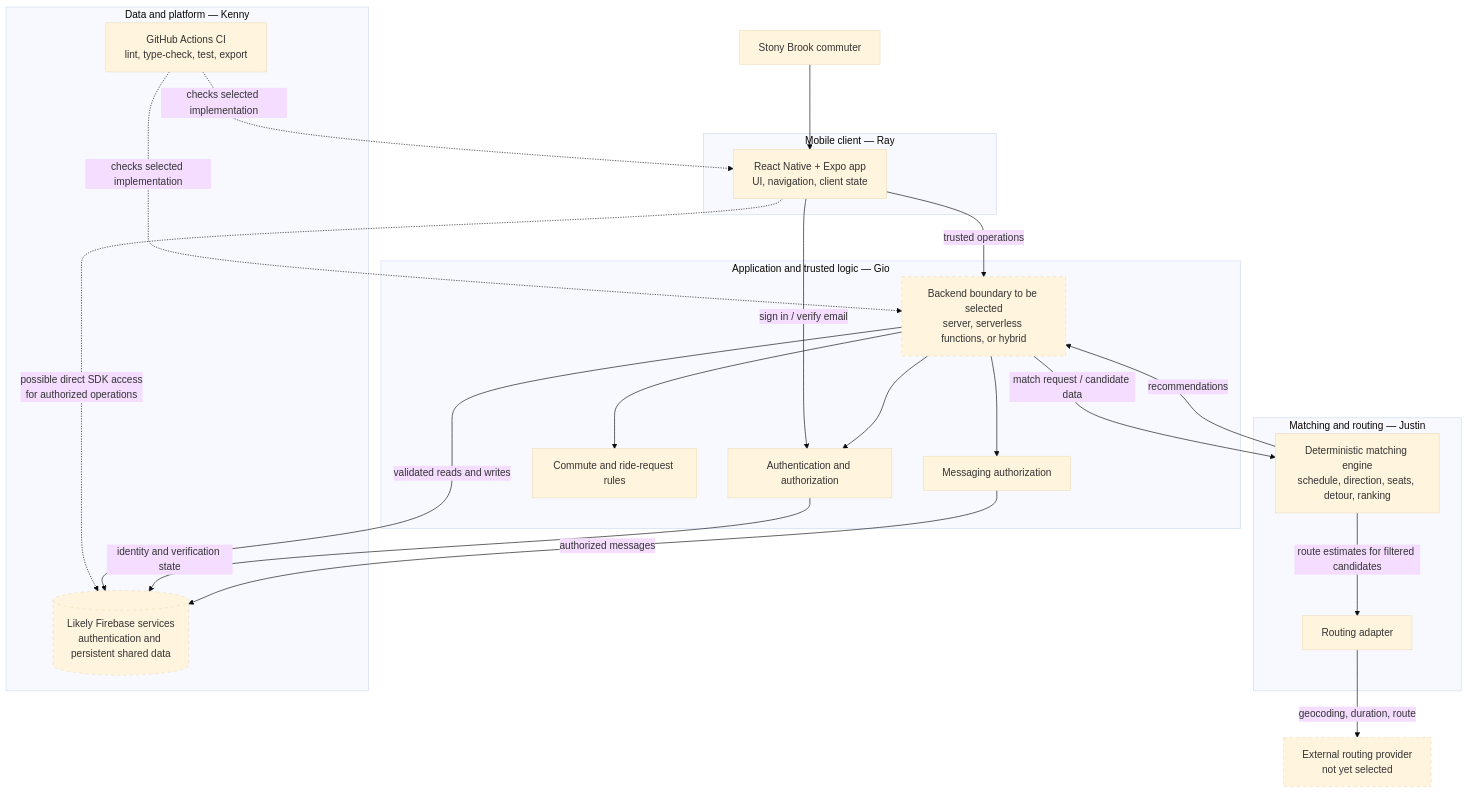
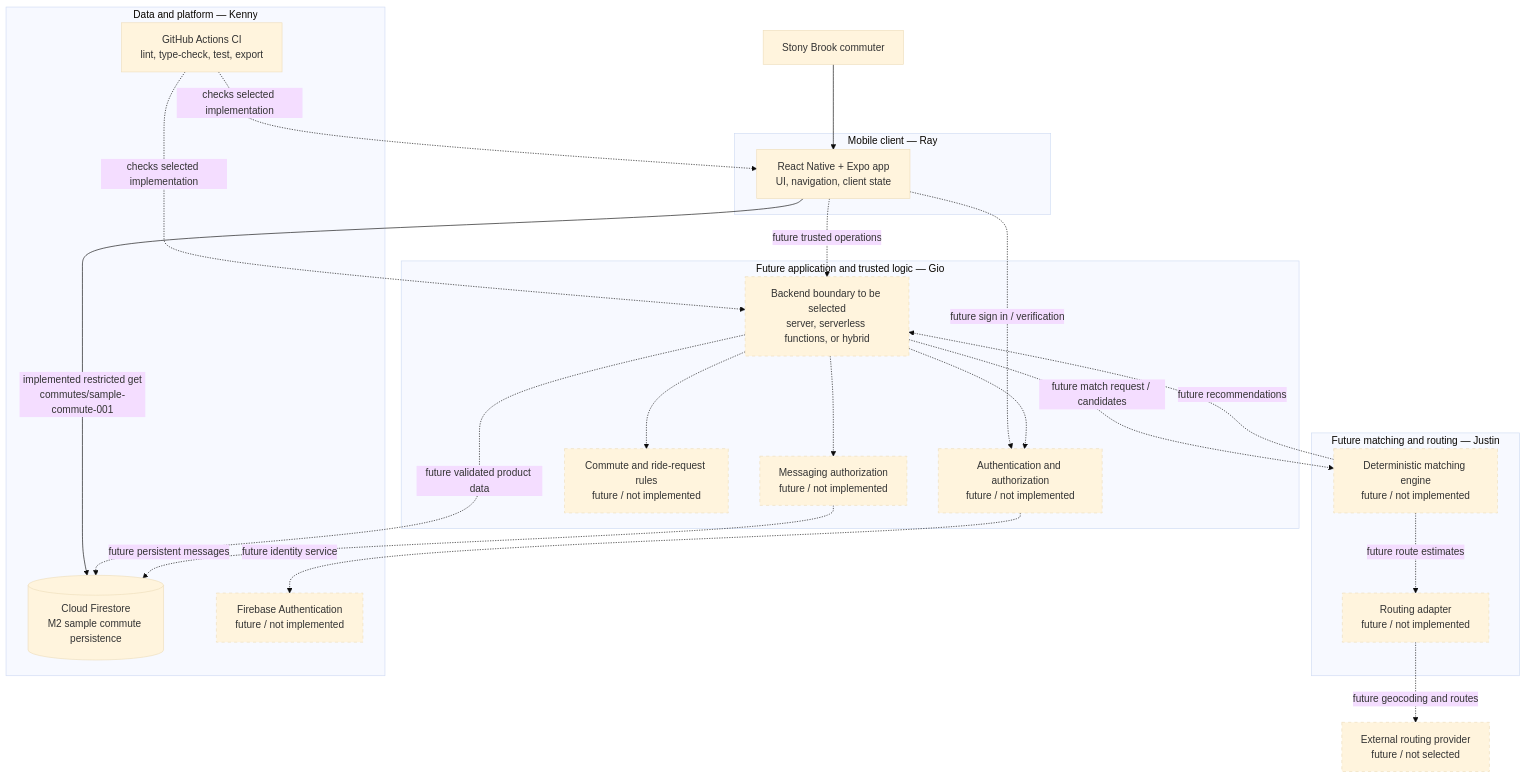
Before and after one commit to justinlee166/Seawolf-Rides: the diagram in docs/architecture.mmd, drawn with Mermaid (base theme). The commit also changed 2 other files, not shown here.

```diff
--- a/docs/architecture.mmd
+++ b/docs/architecture.mmd
@@ -1,45 +1,46 @@
 flowchart TB
     User["Stony Brook commuter"]
 
     subgraph Client["Mobile client — Ray"]
         Mobile["React Native + Expo app\nUI, navigation, client state"]
     end
 
-    subgraph Application["Application and trusted logic — Gio"]
+    subgraph Application["Future application and trusted logic — Gio"]
         Boundary["Backend boundary to be selected\nserver, serverless functions, or hybrid"]
-        Auth["Authentication and authorization"]
-        Requests["Commute and ride-request rules"]
-        Messaging["Messaging authorization"]
+        Auth["Authentication and authorization\nfuture / not implemented"]
+        Requests["Commute and ride-request rules\nfuture / not implemented"]
+        Messaging["Messaging authorization\nfuture / not implemented"]
     end
 
-    subgraph Geo["Matching and routing — Justin"]
-        Matching["Deterministic matching engine\nschedule, direction, seats, detour, ranking"]
-        RoutingAdapter["Routing adapter"]
+    subgraph Geo["Future matching and routing — Justin"]
+        Matching["Deterministic matching engine\nfuture / not implemented"]
+        RoutingAdapter["Routing adapter\nfuture / not implemented"]
     end
 
     subgraph Platform["Data and platform — Kenny"]
-        Firebase[("Likely Firebase services\nauthentication and persistent shared data")]
+        Firestore[("Cloud Firestore\nM2 sample commute persistence")]
+        FutureAuth["Firebase Authentication\nfuture / not implemented"]
         CI["GitHub Actions CI\nlint, type-check, test, export"]
     end
 
-    Routing["External routing provider\nnot yet selected"]
+    Routing["External routing provider\nfuture / not selected"]
 
     User --> Mobile
-    Mobile -->|"sign in / verify email"| Auth
-    Mobile -->|"trusted operations"| Boundary
-    Mobile -.->|"possible direct SDK access\nfor authorized operations"| Firebase
-    Boundary --> Auth
-    Boundary --> Requests
-    Boundary --> Messaging
-    Boundary -->|"validated reads and writes"| Firebase
-    Boundary -->|"match request / candidate data"| Matching
-    Matching -->|"route estimates for filtered candidates"| RoutingAdapter
-    RoutingAdapter -->|"geocoding, duration, route"| Routing
-    Matching -->|"recommendations"| Boundary
-    Auth -->|"identity and verification state"| Firebase
-    Messaging -->|"authorized messages"| Firebase
+    Mobile -->|"implemented restricted get\ncommutes/sample-commute-001"| Firestore
+    Mobile -.->|"future sign in / verification"| Auth
+    Mobile -.->|"future trusted operations"| Boundary
+    Boundary -.-> Auth
+    Boundary -.-> Requests
+    Boundary -.-> Messaging
+    Boundary -.->|"future validated product data"| Firestore
+    Boundary -.->|"future match request / candidates"| Matching
+    Matching -.->|"future route estimates"| RoutingAdapter
+    RoutingAdapter -.->|"future geocoding and routes"| Routing
+    Matching -.->|"future recommendations"| Boundary
+    Auth -.->|"future identity service"| FutureAuth
+    Messaging -.->|"future persistent messages"| Firestore
     CI -.->|"checks selected implementation"| Mobile
     CI -.->|"checks selected implementation"| Boundary
 
     classDef proposed stroke-dasharray: 5 5
-    class Boundary,Firebase,Routing proposed
+    class Boundary,Auth,Requests,Messaging,Matching,RoutingAdapter,FutureAuth,Routing proposed
```
